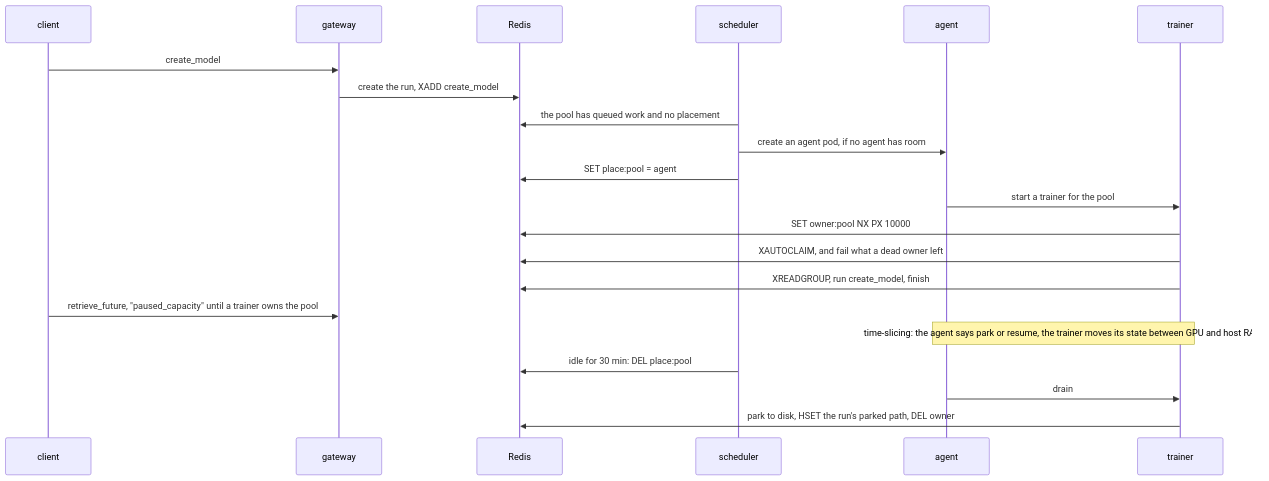
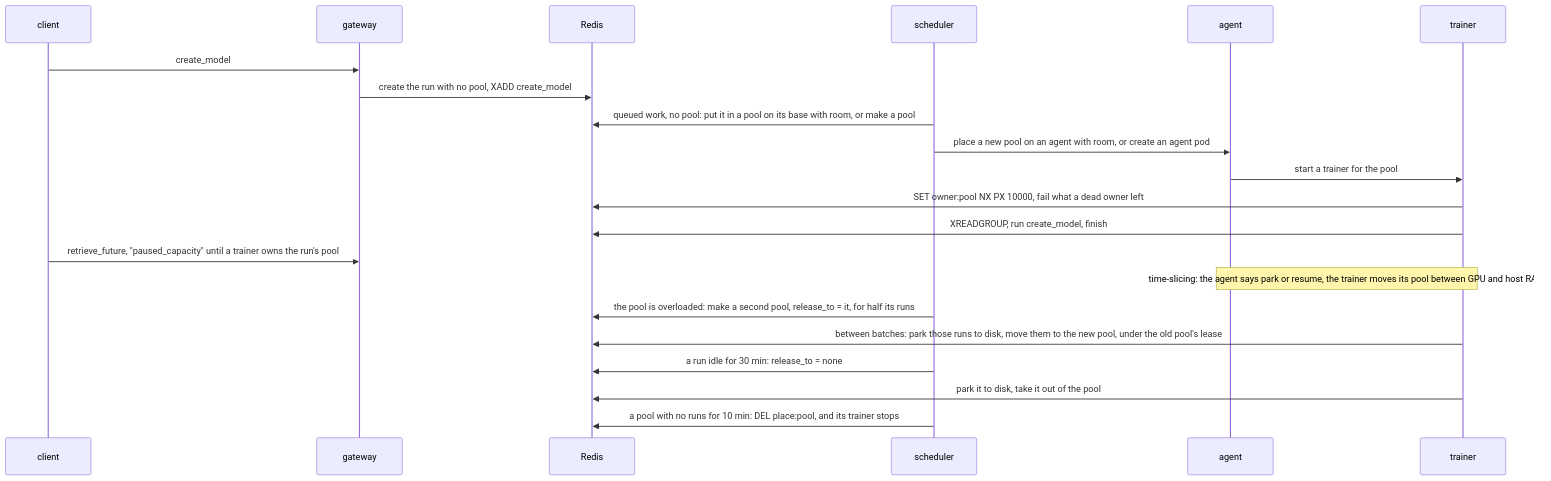
The second of 2 diagrams in docs/kubernetes.md (ShubyM/tiny-open-rl), drawn with Mermaid before and after one commit. The commit also changed other lines of this file, not shown here.

````diff
--- a/docs/kubernetes.md
+++ b/docs/kubernetes.md
@@ -69,23 +78,23 @@
 ```mermaid
 sequenceDiagram
   participant C as client
   participant G as gateway
   participant R as Redis
   participant S as scheduler
   participant A as agent
   participant T as trainer
   C->>G: create_model
-  G->>R: create the run, XADD create_model
-  S->>R: the pool has queued work and no placement
-  S->>A: create an agent pod, if no agent has room
-  S->>R: SET place:pool = agent
+  G->>R: create the run with no pool, XADD create_model
+  S->>R: queued work, no pool: put it in a pool on its base with room, or make a pool
+  S->>A: place a new pool on an agent with room, or create an agent pod
   A->>T: start a trainer for the pool
-  T->>R: SET owner:pool NX PX 10000
-  T->>R: XAUTOCLAIM, and fail what a dead owner left
+  T->>R: SET owner:pool NX PX 10000, fail what a dead owner left
   T->>R: XREADGROUP, run create_model, finish
-  C->>G: retrieve_future, "paused_capacity" until a trainer owns the pool
-  Note over A,T: time-slicing: the agent says park or resume, the trainer moves its state between GPU and host RAM
-  S->>R: idle for 30 min: DEL place:pool
-  A->>T: drain
-  T->>R: park to disk, HSET the run's parked path, DEL owner
+  C->>G: retrieve_future, "paused_capacity" until a trainer owns the run's pool
+  Note over A,T: time-slicing: the agent says park or resume, the trainer moves its pool between GPU and host RAM
+  S->>R: the pool is overloaded: make a second pool, release_to = it, for half its runs
+  T->>R: between batches: park those runs to disk, move them to the new pool, under the old pool's lease
+  S->>R: a run idle for 30 min: release_to = none
+  T->>R: park it to disk, take it out of the pool
+  S->>R: a pool with no runs for 10 min: DEL place:pool, and its trainer stops
 ```
````
